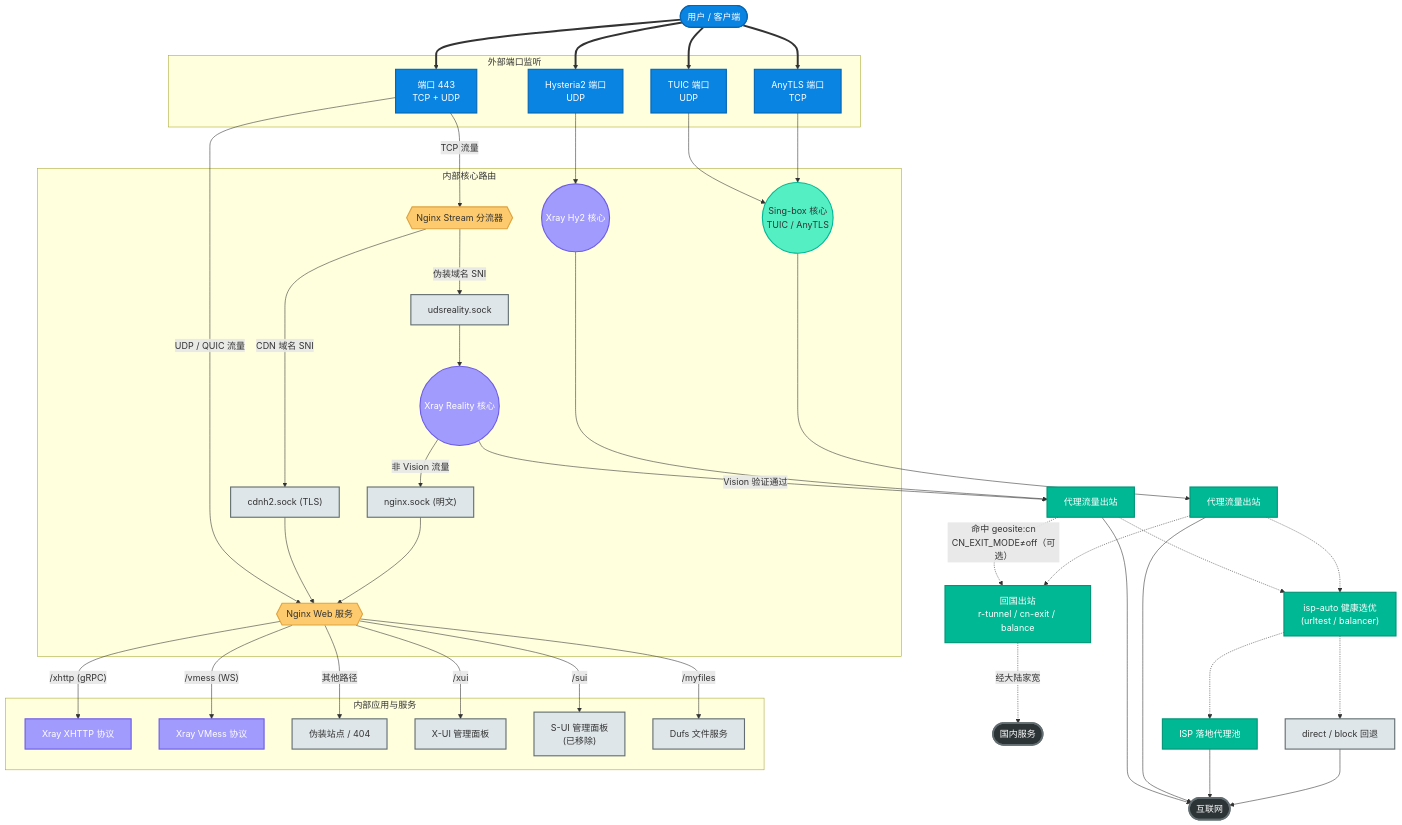
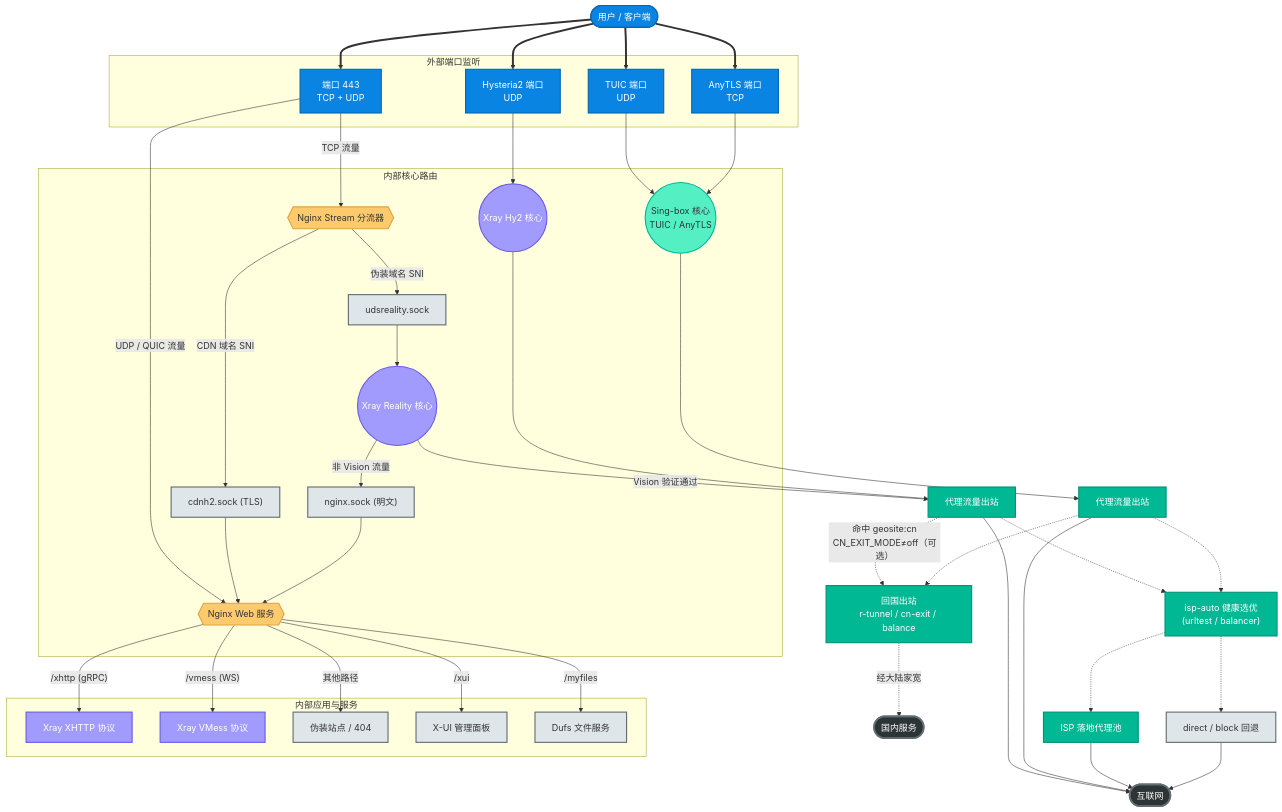
Before and after one commit to currycan/sb-xray: the first of 12 diagrams in docs/01-architecture-and-traffic.md, drawn with Mermaid. The commit also changed other lines of this file and 23 other files, not shown here.

````diff
--- a/docs/01-architecture-and-traffic.md
+++ b/docs/01-architecture-and-traffic.md
@@ -47,79 +48,77 @@
 ```mermaid
 flowchart TD
     classDef entry    fill:#0984e3,stroke:#0566b3,stroke-width:2px,color:#fff
     classDef gateway  fill:#fdcb6e,stroke:#e0a33e,stroke-width:2px,color:#333
     classDef xray     fill:#a29bfe,stroke:#6c5ce7,stroke-width:2px,color:#fff
     classDef sing     fill:#55efc4,stroke:#00b894,stroke-width:2px,color:#333
     classDef app      fill:#dfe6e9,stroke:#636e72,stroke-width:2px,color:#333
     classDef outbound fill:#00b894,stroke:#009577,stroke-width:2px,color:#fff
     classDef external fill:#2d3436,stroke:#636e72,stroke-width:3px,color:#fff
 
     User(["用户 / 客户端"]):::entry
 
     subgraph Ports ["外部端口监听"]
         P443["端口 443<br/>TCP + UDP"]:::entry
         PHysteria["Hysteria2 端口<br/>UDP"]:::entry
         PTuic["TUIC 端口<br/>UDP"]:::entry
         PAnyTLS["AnyTLS 端口<br/>TCP"]:::entry
     end
 
     User ==> P443
     User ==> PHysteria
     User ==> PTuic
     User ==> PAnyTLS
 
     subgraph Core ["内部核心路由"]
         NginxStream{{"Nginx Stream 分流器"}}:::gateway
         NginxWeb{{"Nginx Web 服务"}}:::gateway
         XrayReality(("Xray Reality 核心")):::xray
         XrayHy2(("Xray Hy2 核心")):::xray
         SingBox(("Sing-box 核心<br/>TUIC / AnyTLS")):::sing
         UDS_Reality["udsreality.sock"]:::app
         UDS_CDN["cdnh2.sock (TLS)"]:::app
         UDS_Nginx["nginx.sock (明文)"]:::app
     end
 
     P443 -- "TCP 流量" --> NginxStream
     P443 -- "UDP / QUIC 流量" --> NginxWeb
 
     NginxStream -- "伪装域名 SNI" --> UDS_Reality --> XrayReality
     NginxStream -- "CDN 域名 SNI" --> UDS_CDN --> NginxWeb
 
     XrayReality -- "Vision 验证通过" --> ProxyOut1["代理流量出站"]:::outbound
     XrayReality -- "非 Vision 流量" --> UDS_Nginx
     UDS_Nginx --> NginxWeb
 
     PHysteria --> XrayHy2 --> ProxyOut1
     PTuic --> SingBox
     PAnyTLS --> SingBox
     SingBox --> ProxyOut2["代理流量出站"]:::outbound
 
     ProxyOut1 -.-> ISPAuto["isp-auto 健康选优<br/>(urltest / balancer)"]:::outbound
     ProxyOut2 -.-> ISPAuto
     ISPAuto -.-> ISP["ISP 落地代理池"]:::outbound
     ISPAuto -.-> DirectFB["direct / block 回退"]:::app
     ProxyOut1 --> Internet(["互联网"]):::external
     ProxyOut2 --> Internet
     ISP --> Internet
     DirectFB --> Internet
 
     ProxyOut1 -. "命中 geosite:cn<br/>CN_EXIT_MODE≠off（可选）" .-> CNExit["回国出站<br/>r-tunnel / cn-exit / balance"]:::outbound
     ProxyOut2 -.-> CNExit
     CNExit -. "经大陆家宽" .-> CNHome(["国内服务"]):::external
 
     subgraph Apps ["内部应用与服务"]
         AppXHTTP["Xray XHTTP 协议"]:::xray
         AppVMess["Xray VMess 协议"]:::xray
         AppWeb["伪装站点 / 404"]:::app
         AppXUI["X-UI 管理面板"]:::app
-        AppSUI["S-UI 管理面板<br/>(已移除)"]:::app
         AppFiles["Dufs 文件服务"]:::app
     end
 
     NginxWeb -- "/xhttp (gRPC)" --> AppXHTTP
     NginxWeb -- "/vmess (WS)" --> AppVMess
     NginxWeb -- "/xui" --> AppXUI
-    NginxWeb -- "/sui" --> AppSUI
     NginxWeb -- "/myfiles" --> AppFiles
     NginxWeb -- "其他路径" --> AppWeb
 ```
````
